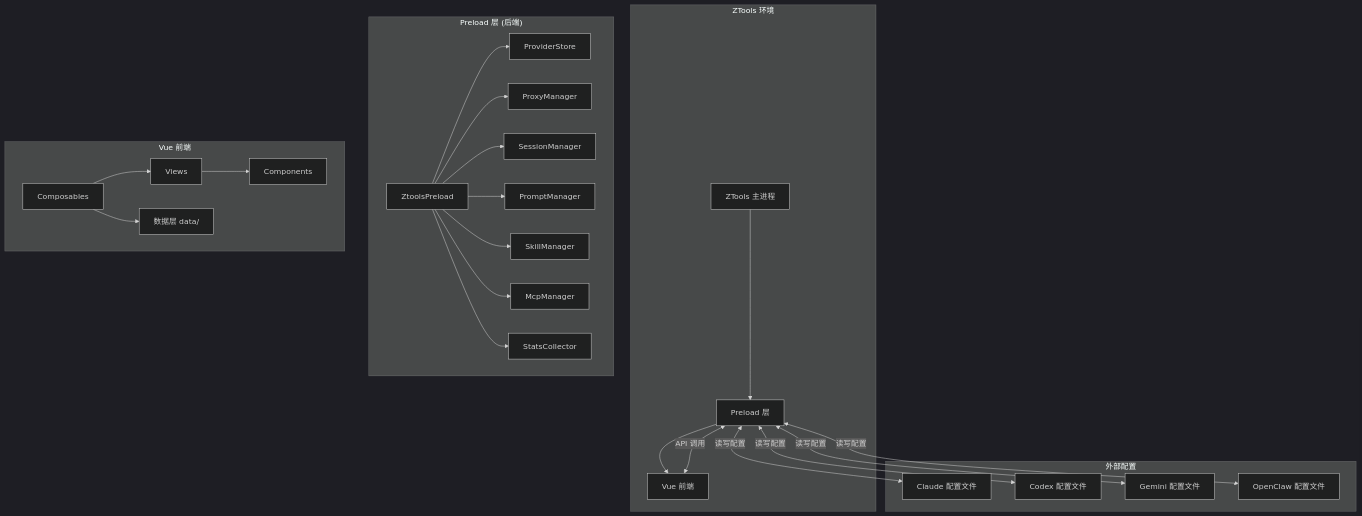
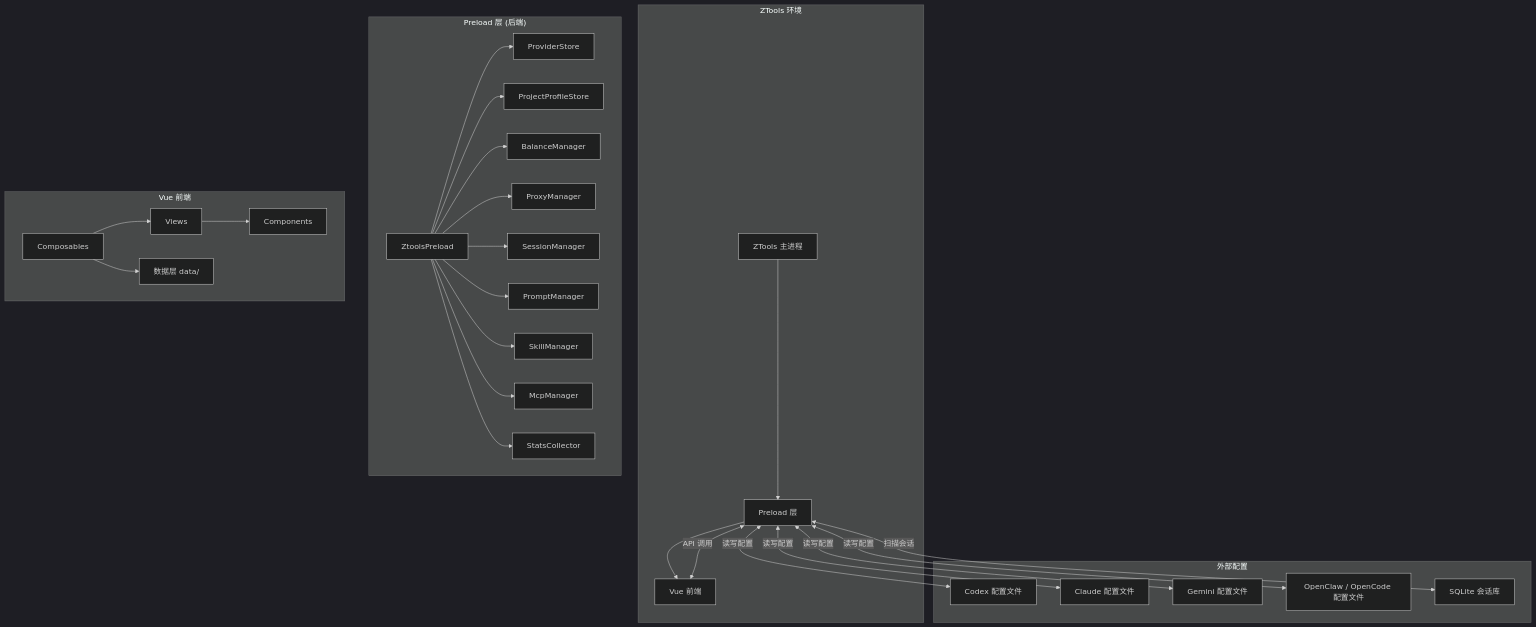
Before and after one commit to D06F6E67/ZTools-plugins: the diagram in plugins/cc-toggle/README.md, drawn with Mermaid (dark theme). The commit also changed other lines of this file and 138 other files, not shown here.

````diff
--- a/plugins/cc-toggle/README.md
+++ b/plugins/cc-toggle/README.md
@@ -274,37 +338,41 @@
 ```mermaid
 graph TB
     subgraph "ZTools 环境"
         A[ZTools 主进程] --> B[Preload 层]
         B --> C[Vue 前端]
     end
 
     subgraph "Preload 层 (后端)"
         D[ZtoolsPreload] --> E[ProviderStore]
-        D --> F[ProxyManager]
-        D --> G[SessionManager]
-        D --> H[PromptManager]
-        D --> I[SkillManager]
-        D --> J[McpManager]
-        D --> K[StatsCollector]
+        D --> F[ProjectProfileStore]
+        D --> G[BalanceManager]
+        D --> H[ProxyManager]
+        D --> I[SessionManager]
+        D --> J[PromptManager]
+        D --> K[SkillManager]
+        D --> L[McpManager]
+        D --> M[StatsCollector]
     end
 
     subgraph "Vue 前端"
-        L[Composables] --> M[Views]
-        M --> N[Components]
-        L --> O[数据层 data/]
+        N[Composables] --> O[Views]
+        O --> P[Components]
+        N --> Q[数据层 data/]
     end
 
     subgraph "外部配置"
-        P[Claude 配置文件]
-        Q[Codex 配置文件]
-        R[Gemini 配置文件]
-        S[OpenClaw 配置文件]
+        R[Codex 配置文件]
+        S[Claude 配置文件]
+        T[Gemini 配置文件]
+        U[OpenClaw / OpenCode 配置文件]
+        V[SQLite 会话库]
     end
 
-    B <-->|读写配置| P
-    B <-->|读写配置| Q
     B <-->|读写配置| R
     B <-->|读写配置| S
+    B <-->|读写配置| T
+    B <-->|读写配置| U
+    B <-->|扫描会话| V
 
     C <-->|API 调用| B
 ```
````
